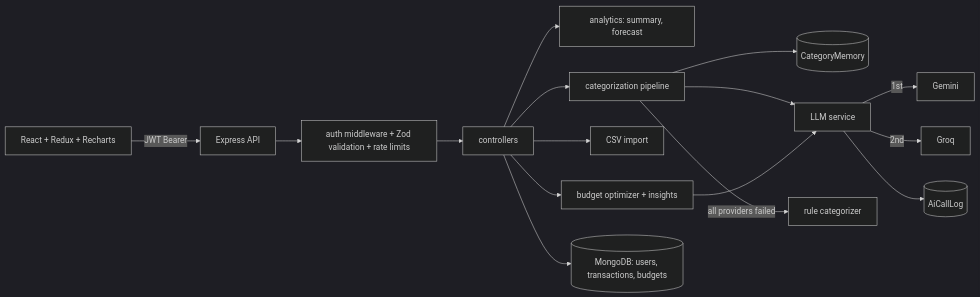
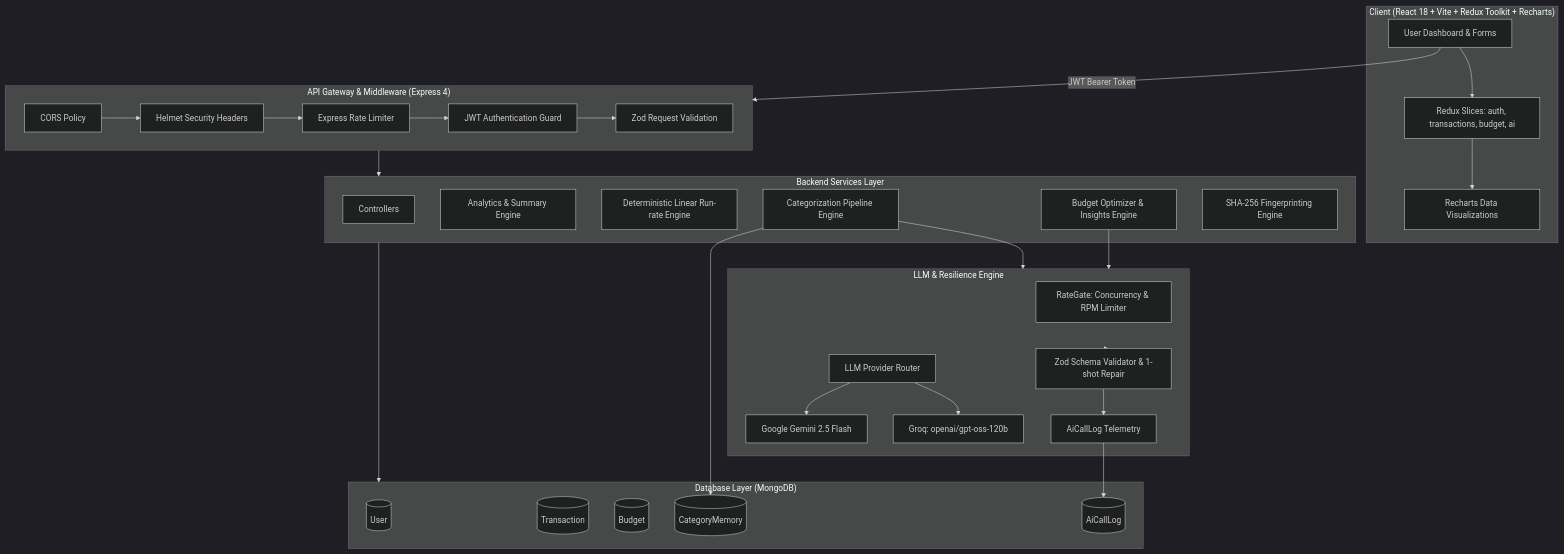
The diagram in README.md (SivaKancharla/AI_Finance_Tracker), drawn with Mermaid (dark theme) before and after one commit. The commit also changed other lines of this file and 17 other files, not shown here.

````diff
--- a/README.md
+++ b/README.md
@@ -9,18 +48,55 @@
 ```mermaid
-flowchart LR
-  UI[React + Redux + Recharts] -->|JWT Bearer| API[Express API]
-  API --> AUTH[auth middleware + Zod validation + rate limits]
-  AUTH --> CTRL[controllers]
-  CTRL --> ANALYTICS[analytics: summary, forecast]
-  CTRL --> CAT[categorization pipeline]
-  CTRL --> IMP[CSV import]
-  CTRL --> AIS[budget optimizer + insights]
-  CAT --> MEM[(CategoryMemory)]
-  CAT --> LLM[LLM service]
-  AIS --> LLM
-  LLM -->|1st| GEM[Gemini]
-  LLM -->|2nd| GRQ[Groq]
-  LLM --> LOG[(AiCallLog)]
-  CAT -->|all providers failed| RULES[rule categorizer]
-  CTRL --> DB[(MongoDB: users, transactions, budgets)]
+flowchart TD
+    subgraph Client["Client (React 18 + Vite + Redux Toolkit + Recharts)"]
+        UI[User Dashboard & Forms]
+        RTK[Redux Slices: auth, transactions, budget, ai]
+        CHARTS[Recharts Data Visualizations]
+        UI --> RTK
+        RTK --> CHARTS
+    end
+
+    subgraph Gateway["API Gateway & Middleware (Express 4)"]
+        CORS[CORS Policy]
+        HELMET[Helmet Security Headers]
+        LIMIT[Express Rate Limiter]
+        AUTH[JWT Authentication Guard]
+        ZOD[Zod Request Validation]
+        CORS --> HELMET --> LIMIT --> AUTH --> ZOD
+    end
+
+    subgraph CoreServices["Backend Services Layer"]
+        CTRL[Controllers]
+        ANALYTICS[Analytics & Summary Engine]
+        FORECAST[Deterministic Linear Run-rate Engine]
+        PIPE[Categorization Pipeline Engine]
+        OPT[Budget Optimizer & Insights Engine]
+        DEDUPE[SHA-256 Fingerprinting Engine]
+    end
+
+    subgraph LLMLayer["LLM & Resilience Engine"]
+        GATE[RateGate: Concurrency & RPM Limiter]
+        ROUTER[LLM Provider Router]
+        GEMINI[Google Gemini 2.5 Flash]
+        GROQ[Groq: openai/gpt-oss-120b]
+        SCHEMA[Zod Schema Validator & 1-shot Repair]
+        LOG[AiCallLog Telemetry]
+    end
+
+    subgraph Storage["Database Layer (MongoDB)"]
+        USERS[(User)]
+        TX[(Transaction)]
+        BUDGET[(Budget)]
+        MEMORY[(CategoryMemory)]
+        AILOG[(AiCallLog)]
+    end
+
+    UI -->|JWT Bearer Token| Gateway
+    Gateway --> CoreServices
+    CoreServices --> Storage
+    PIPE --> MEMORY
+    PIPE --> LLMLayer
+    OPT --> LLMLayer
+    ROUTER --> GEMINI
+    ROUTER --> GROQ
+    LLMLayer --> SCHEMA --> LOG --> AILOG
 ```
````
